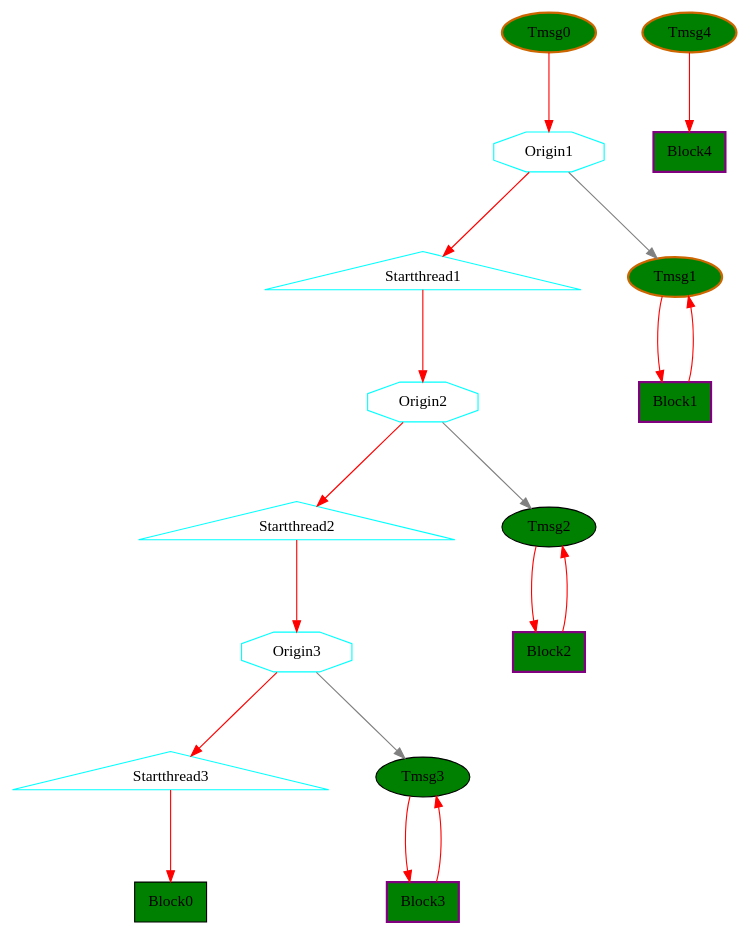
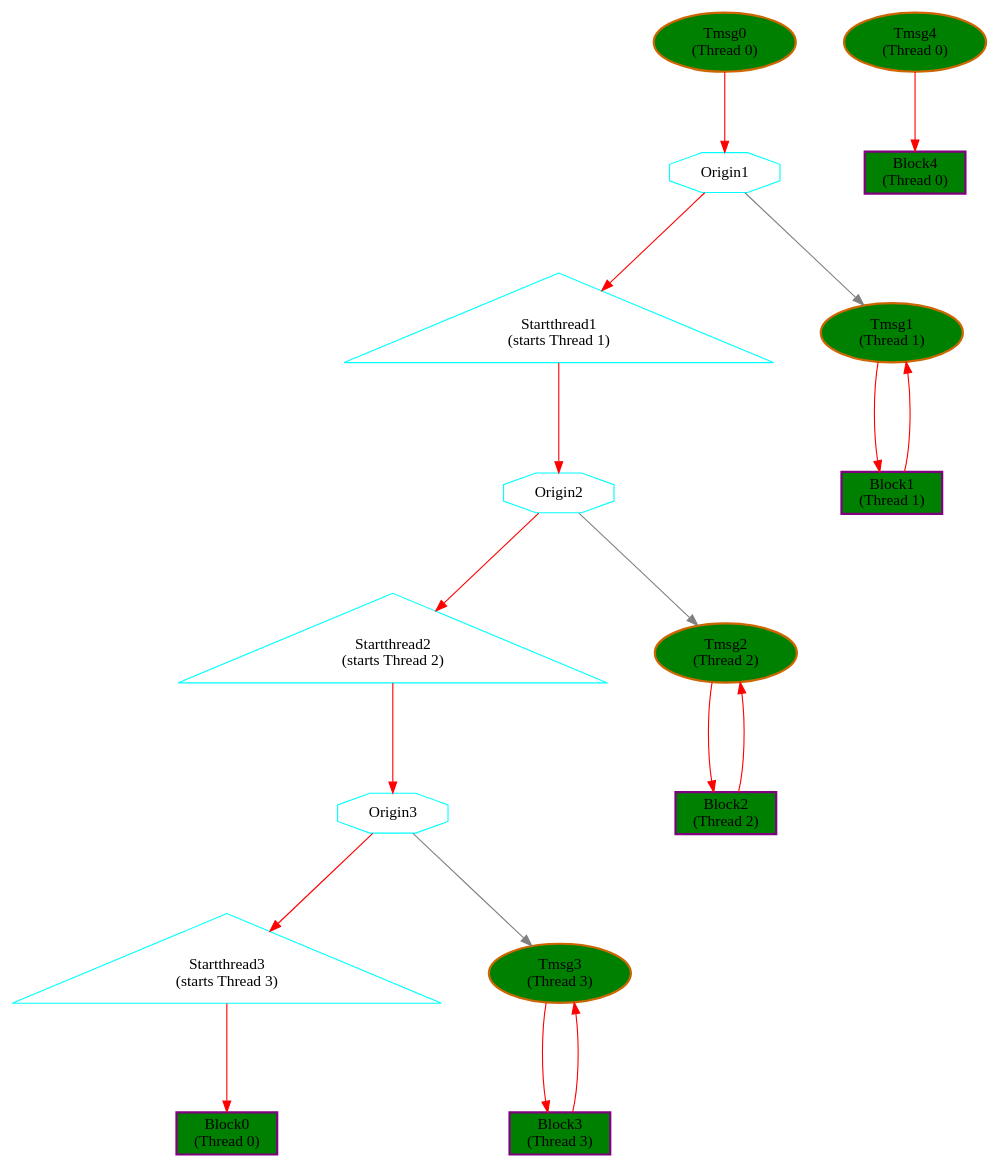
The diagram in modules/ftm/doc/testdoc/TestPattern/threadsStartStop.dot (GSI-CS-CO/bel_projects), drawn with Graphviz before and after one commit. The commit also changed 4 other files, not shown here.

Commit message:
Improve documentation and diagrams for test_originStartthread.py.

```diff
--- a/modules/ftm/doc/testdoc/TestPattern/threadsStartStop.dot
+++ b/modules/ftm/doc/testdoc/TestPattern/threadsStartStop.dot
@@ -1,37 +1,37 @@
 digraph G {
 graph [root="Demo",rankdir   = TB, nodesep           = 0.6, mindist     = 1.0, ranksep = 1.0, overlap = false]
 node [style     = "filled", fillcolor = "white", color = "black"]
-Block0[cpu="0", flags="0x00000107", type="block", tperiod="10000000", pattern="A", patentry="false", patexit="false", beamproc="undefined", bpentry="false", bpexit="false", qlo="false", qhi="false", qil="false", shape     = "rectangle", fillcolor = "green"];
-Block1[cpu="0", flags="0x00108107", type="block", tperiod="10000000", pattern="A1", patentry="false", patexit="true", beamproc="undefined", bpentry="false", bpexit="false", qlo="true", qhi="false", qil="false", shape     = "rectangle", fillcolor = "green", penwidth=2, color = "purple"];
-Block2[cpu="0", flags="0x00108107", type="block", tperiod="10000000", pattern="undefined", patentry="false", patexit="true", beamproc="undefined", bpentry="false", bpexit="false", qlo="true", qhi="false", qil="false", shape     = "rectangle", fillcolor = "green", penwidth=2, color = "purple"];
-Block3[cpu="0", flags="0x00108107", type="block", tperiod="10000000", pattern="A", patentry="false", patexit="true", beamproc="undefined", bpentry="false", bpexit="false", qlo="true", qhi="false", qil="false", shape     = "rectangle", fillcolor = "green", penwidth=2, color = "purple"];
-Block4[cpu="0", flags="0x00108107", type="block", tperiod="10000000", pattern="B", patentry="false", patexit="true", beamproc="undefined", bpentry="false", bpexit="false", qlo="true", qhi="false", qil="false", shape     = "rectangle", fillcolor = "green", penwidth=2, color = "purple"];
-Origin1[cpu="0", flags="0x0000000d", type="origin", toffs="0", pattern="undefined", patentry="false", patexit="false", beamproc="undefined", bpentry="false", bpexit="false", thread="1", shape     = "octagon", color  = "cyan", fillcolor = "white"];
-Origin2[cpu="0", flags="0x0000000d", type="origin", toffs="0", pattern="undefined", patentry="false", patexit="false", beamproc="undefined", bpentry="false", bpexit="false", thread="2", shape     = "octagon", color  = "cyan", fillcolor = "white"];
-Origin3[cpu="0", flags="0x0000000d", type="origin", toffs="0", pattern="undefined", patentry="false", patexit="false", beamproc="undefined", bpentry="false", bpexit="false", thread="3", shape     = "octagon", color  = "cyan", fillcolor = "white"];
-Startthread1[cpu="0", flags="0x0000000e", type="startthread", toffs="0", pattern="undefined", patentry="false", patexit="false", beamproc="undefined", bpentry="false", bpexit="false", startoffs="0", thread="1", shape     = "triangle", color  = "cyan", fillcolor = "white"];
-Startthread2[cpu="0", flags="0x0000000e", type="startthread", toffs="0", pattern="undefined", patentry="false", patexit="false", beamproc="undefined", bpentry="false", bpexit="false", startoffs="0", thread="2", shape     = "triangle", color  = "cyan", fillcolor = "white"];
-Startthread3[cpu="0", flags="0x0000000e", type="startthread", toffs="0", pattern="undefined", patentry="false", patexit="false", beamproc="undefined", bpentry="false", bpexit="false", startoffs="0", thread="3", shape     = "triangle", color  = "cyan", fillcolor = "white"];
-Tmsg0[cpu="0", flags="0x00002102", type="tmsg", toffs="0", pattern="A", patentry="true", patexit="false", beamproc="undefined", bpentry="false", bpexit="false", fid="1", gid="0", evtno="0", beamin="0", bpcstart="0", sid="0", bpid="0", reqnobeam="0", vacc="0", id="0x1000000000000000", par="0x0000000000000000", tef="0", shape     = "oval", fillcolor = "green", penwidth=2, color = "darkorange3"];
-Tmsg1[cpu="0", flags="0x00002102", type="tmsg", toffs="1000000", pattern="A1", patentry="true", patexit="false", beamproc="undefined", bpentry="false", bpexit="false", fid="1", gid="0", evtno="0", beamin="0", bpcstart="0", sid="0", bpid="0", reqnobeam="0", vacc="0", id="0x1000000000000000", par="0x0000000000000001", tef="0", shape     = "oval", fillcolor = "green", penwidth=2, color = "darkorange3"];
-Tmsg2[cpu="0", flags="0x00000102", type="tmsg", toffs="2000000", pattern="undefined", patentry="false", patexit="false", beamproc="undefined", bpentry="false", bpexit="false", fid="1", gid="0", evtno="0", beamin="0", bpcstart="0", sid="0", bpid="0", reqnobeam="0", vacc="0", id="0x1000000000000000", par="0x0000000000000002", tef="0", shape     = "oval", fillcolor = "green"];
-Tmsg3[cpu="0", flags="0x00000102", type="tmsg", toffs="3000000", pattern="A", patentry="false", patexit="false", beamproc="undefined", bpentry="false", bpexit="false", fid="1", gid="0", evtno="0", beamin="0", bpcstart="0", sid="0", bpid="0", reqnobeam="0", vacc="0", id="0x1000000000000000", par="0x0000000000000003", tef="0", shape     = "oval", fillcolor = "green"];
-Tmsg4[cpu="0", flags="0x00002102", type="tmsg", toffs="0", pattern="B", patentry="true", patexit="false", beamproc="undefined", bpentry="false", bpexit="false", fid="1", gid="0", evtno="0", beamin="0", bpcstart="0", sid="0", bpid="0", reqnobeam="0", vacc="0", id="0x1000000000000000", par="0x0000000000000004", tef="0", shape     = "oval", fillcolor = "green", penwidth=2, color = "darkorange3"];
+Block0[label="Block0\n(Thread 0)" cpu="0", flags="0x00108107", type="block", tperiod="10000000", pattern="X", patentry="false", patexit="true", beamproc="undefined", bpentry="false", bpexit="false", qlo="true", qhi="false", qil="false", shape     = "rectangle", fillcolor = "green", penwidth=2, color = "purple"];
+Block1[label="Block1\n(Thread 1)" cpu="0", flags="0x00108107", type="block", tperiod="10000000", pattern="A", patentry="false", patexit="true", beamproc="undefined", bpentry="false", bpexit="false", qlo="true", qhi="false", qil="false", shape     = "rectangle", fillcolor = "green", penwidth=2, color = "purple"];
+Block2[label="Block2\n(Thread 2)" cpu="0", flags="0x00108107", type="block", tperiod="10000000", pattern="B", patentry="false", patexit="true", beamproc="undefined", bpentry="false", bpexit="false", qlo="true", qhi="false", qil="false", shape     = "rectangle", fillcolor = "green", penwidth=2, color = "purple"];
+Block3[label="Block3\n(Thread 3)" cpu="0", flags="0x00108107", type="block", tperiod="10000000", pattern="C", patentry="false", patexit="true", beamproc="undefined", bpentry="false", bpexit="false", qlo="true", qhi="false", qil="false", shape     = "rectangle", fillcolor = "green", penwidth=2, color = "purple"];
+Block4[label="Block4\n(Thread 0)" cpu="0", flags="0x00108107", type="block", tperiod="10000000", pattern="D", patentry="false", patexit="true", beamproc="undefined", bpentry="false", bpexit="false", qlo="true", qhi="false", qil="false", shape     = "rectangle", fillcolor = "green", penwidth=2, color = "purple"];
+Origin1[cpu="0", flags="0x0000000d", type="origin", toffs="0", pattern="A", patentry="false", patexit="false", beamproc="undefined", bpentry="false", bpexit="false", thread="1", shape     = "octagon", color  = "cyan", fillcolor = "white"];
+Origin2[cpu="0", flags="0x0000000d", type="origin", toffs="0", pattern="B", patentry="false", patexit="false", beamproc="undefined", bpentry="false", bpexit="false", thread="2", shape     = "octagon", color  = "cyan", fillcolor = "white"];
+Origin3[cpu="0", flags="0x0000000d", type="origin", toffs="0", pattern="C", patentry="false", patexit="false", beamproc="undefined", bpentry="false", bpexit="false", thread="3", shape     = "octagon", color  = "cyan", fillcolor = "white"];
+Startthread1[label="Startthread1\n(starts Thread 1)" cpu="0", flags="0x0000000e", type="startthread", toffs="0", pattern="A", patentry="false", patexit="false", beamproc="undefined", bpentry="false", bpexit="false", startoffs="0", thread="1", shape     = "triangle", color  = "cyan", fillcolor = "white"];
+Startthread2[label="Startthread2\n(starts Thread 2)" cpu="0", flags="0x0000000e", type="startthread", toffs="0", pattern="B", patentry="false", patexit="false", beamproc="undefined", bpentry="false", bpexit="false", startoffs="0", thread="2", shape     = "triangle", color  = "cyan", fillcolor = "white"];
+Startthread3[label="Startthread3\n(starts Thread 3)" cpu="0", flags="0x0000000e", type="startthread", toffs="0", pattern="C", patentry="false", patexit="false", beamproc="undefined", bpentry="false", bpexit="false", startoffs="0", thread="3", shape     = "triangle", color  = "cyan", fillcolor = "white"];
+Tmsg0[label="Tmsg0\n(Thread 0)" cpu="0", flags="0x00002102", type="tmsg", toffs="0", pattern="X", patentry="true", patexit="false", beamproc="undefined", bpentry="false", bpexit="false", fid="1", gid="0", evtno="0", beamin="0", bpcstart="0", sid="0", bpid="0", reqnobeam="0", vacc="0", id="0x1000000000000000", par="0x0000000000000000", tef="0", shape     = "oval", fillcolor = "green", penwidth=2, color = "darkorange3"];
+Tmsg1[label="Tmsg1\n(Thread 1)" cpu="0", flags="0x00002102", type="tmsg", toffs="1000000", pattern="A", patentry="true", patexit="false", beamproc="undefined", bpentry="false", bpexit="false", fid="1", gid="0", evtno="0", beamin="0", bpcstart="0", sid="0", bpid="0", reqnobeam="0", vacc="0", id="0x1000000000000000", par="0x0000000000000001", tef="0", shape     = "oval", fillcolor = "green", penwidth=2, color = "darkorange3"];
+Tmsg2[label="Tmsg2\n(Thread 2)" cpu="0", flags="0x00002102", type="tmsg", toffs="2000000", pattern="B", patentry="true", patexit="false", beamproc="undefined", bpentry="false", bpexit="false", fid="1", gid="0", evtno="0", beamin="0", bpcstart="0", sid="0", bpid="0", reqnobeam="0", vacc="0", id="0x1000000000000000", par="0x0000000000000002", tef="0", shape     = "oval", fillcolor = "green", penwidth=2, color = "darkorange3"];
+Tmsg3[label="Tmsg3\n(Thread 3)" cpu="0", flags="0x00002102", type="tmsg", toffs="3000000", pattern="C", patentry="true", patexit="false", beamproc="undefined", bpentry="false", bpexit="false", fid="1", gid="0", evtno="0", beamin="0", bpcstart="0", sid="0", bpid="0", reqnobeam="0", vacc="0", id="0x1000000000000000", par="0x0000000000000003", tef="0", shape     = "oval", fillcolor = "green", penwidth=2, color = "darkorange3"];
+Tmsg4[label="Tmsg4\n(Thread 0)" cpu="0", flags="0x00002102", type="tmsg", toffs="0", pattern="D", patentry="true", patexit="false", beamproc="undefined", bpentry="false", bpexit="false", fid="1", gid="0", evtno="0", beamin="0", bpcstart="0", sid="0", bpid="0", reqnobeam="0", vacc="0", id="0x1000000000000000", par="0x0000000000000004", tef="0", shape     = "oval", fillcolor = "green", penwidth=2, color = "darkorange3"];
 Startthread2->Origin3 [type="defdst", color = "red"];
 Origin3->Startthread3 [type="defdst", color = "red"];
 Origin3->Tmsg3 [type="origindst", color = "gray"];
+Block1->Tmsg1 [type="defdst", color = "red"];
+Block2->Tmsg2 [type="defdst", color = "red"];
+Block3->Tmsg3 [type="defdst", color = "red"];
 Origin1->Startthread1 [type="defdst", color = "red"];
 Origin1->Tmsg1 [type="origindst", color = "gray"];
 Origin2->Startthread2 [type="defdst", color = "red"];
 Origin2->Tmsg2 [type="origindst", color = "gray"];
 Startthread1->Origin2 [type="defdst", color = "red"];
 Startthread3->Block0 [type="defdst", color = "red"];
 Tmsg0->Origin1 [type="defdst", color = "red"];
 Tmsg1->Block1 [type="defdst", color = "red"];
 Tmsg2->Block2 [type="defdst", color = "red"];
 Tmsg3->Block3 [type="defdst", color = "red"];
 Tmsg4->Block4 [type="defdst", color = "red"];
-Block3->Tmsg3 [type="defdst", color = "red"];
-Block1->Tmsg1 [type="defdst", color = "red"];
-Block2->Tmsg2 [type="defdst", color = "red"];
 }
```
